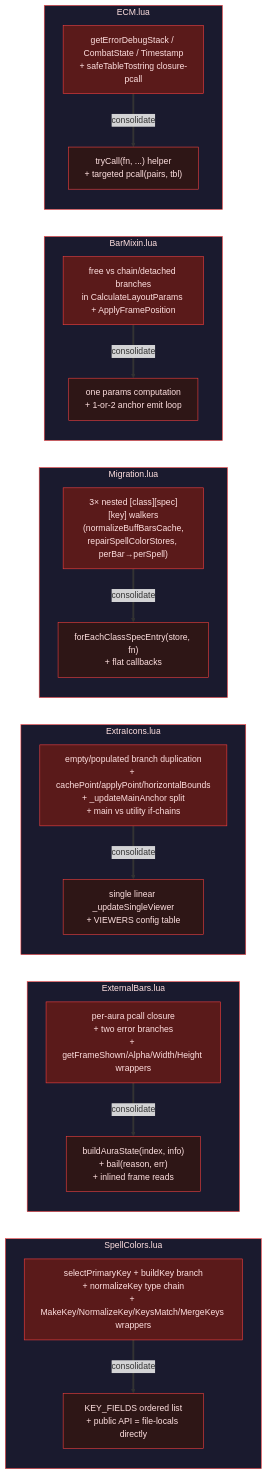
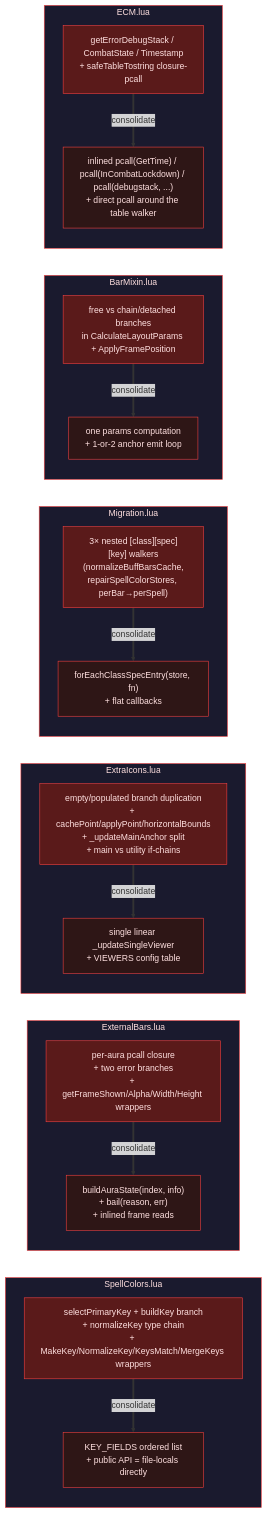
The fourth of 5 diagrams in ARCHITECTURE.md (argium/EnhancedCooldownManager), drawn with Mermaid before and after one commit. The commit also changed other lines of this file and 3 other files, not shown here.

````diff
--- a/ARCHITECTURE.md
+++ b/ARCHITECTURE.md
@@ -231,49 +231,49 @@
 ```mermaid
 flowchart LR
     subgraph SC["SpellColors.lua"]
         SC_OLD["selectPrimaryKey + buildKey branch<br/>+ normalizeKey type chain<br/>+ MakeKey/NormalizeKey/KeysMatch/MergeKeys wrappers"]
         SC_NEW["KEY_FIELDS ordered list<br/>+ public API = file-locals directly"]
         SC_OLD ==>|consolidate| SC_NEW
     end
 
     subgraph EB["ExternalBars.lua"]
         EB_OLD["per-aura pcall closure<br/>+ two error branches<br/>+ getFrameShown/Alpha/Width/Height wrappers"]
         EB_NEW["buildAuraState(index, info)<br/>+ bail(reason, err)<br/>+ inlined frame reads"]
         EB_OLD ==>|consolidate| EB_NEW
     end
 
     subgraph EI["ExtraIcons.lua"]
         EI_OLD["empty/populated branch duplication<br/>+ cachePoint/applyPoint/horizontalBounds<br/>+ _updateMainAnchor split<br/>+ main vs utility if-chains"]
         EI_NEW["single linear _updateSingleViewer<br/>+ VIEWERS config table"]
         EI_OLD ==>|consolidate| EI_NEW
     end
 
     subgraph MG["Migration.lua"]
         MG_OLD["3× nested [class][spec][key] walkers<br/>(normalizeBuffBarsCache,<br/>repairSpellColorStores, perBar→perSpell)"]
         MG_NEW["forEachClassSpecEntry(store, fn)<br/>+ flat callbacks"]
         MG_OLD ==>|consolidate| MG_NEW
     end
 
     subgraph BM["BarMixin.lua"]
         BM_OLD["free vs chain/detached branches<br/>in CalculateLayoutParams + ApplyFramePosition"]
         BM_NEW["one params computation<br/>+ 1-or-2 anchor emit loop"]
         BM_OLD ==>|consolidate| BM_NEW
     end
 
     subgraph EC["ECM.lua"]
         EC_OLD["getErrorDebugStack / CombatState / Timestamp<br/>+ safeTableTostring closure-pcall"]
-        EC_NEW["tryCall(fn, ...) helper<br/>+ targeted pcall(pairs, tbl)"]
+        EC_NEW["inlined pcall(GetTime) / pcall(InCombatLockdown) / pcall(debugstack, ...)<br/>+ direct pcall around the table walker"]
         EC_OLD ==>|consolidate| EC_NEW
     end
 
     classDef changed fill:#5a1a1a,stroke:#ff4444,color:#ffe0e0
     classDef changedNew fill:#2e1616,stroke:#ff4444,color:#ffe0e0
     class SC_OLD,EB_OLD,EI_OLD,MG_OLD,BM_OLD,EC_OLD changed
     class SC_NEW,EB_NEW,EI_NEW,MG_NEW,BM_NEW,EC_NEW changedNew
     style SC fill:#1a1a2e,stroke:#ff4444,color:#ffe0e0
     style EB fill:#1a1a2e,stroke:#ff4444,color:#ffe0e0
     style EI fill:#1a1a2e,stroke:#ff4444,color:#ffe0e0
     style MG fill:#1a1a2e,stroke:#ff4444,color:#ffe0e0
     style BM fill:#1a1a2e,stroke:#ff4444,color:#ffe0e0
     style EC fill:#1a1a2e,stroke:#ff4444,color:#ffe0e0
 ```
````
